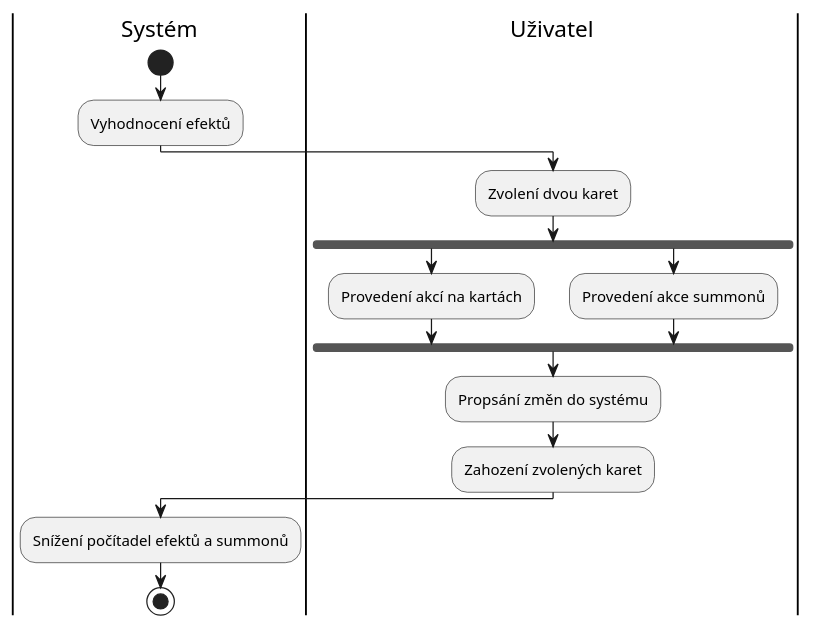
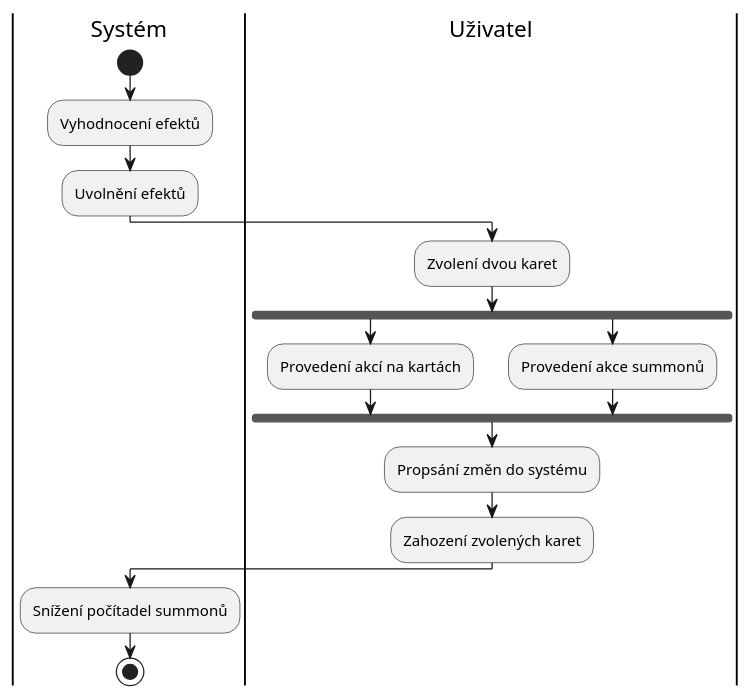
The diagram in kov0354/src/figures/diagrams/playerTurn.puml (Trails-Through-Shadows/TTS-Thesis), drawn with PlantUML before and after one commit. The commit also changed 5 other files, not shown here.

```diff
--- a/kov0354/src/figures/diagrams/playerTurn.puml
+++ b/kov0354/src/figures/diagrams/playerTurn.puml
@@ -1,21 +1,22 @@
 @startuml playerTurn
 |Systém|
 start
 
 :Vyhodnocení efektů;
+:Uvolnění efektů;
 
 |Uživatel|
 :Zvolení dvou karet;
 fork
   :Provedení akcí na kartách;
 fork again
   :Provedení akce summonů;
 end fork
 :Propsání změn do systému;
 :Zahození zvolených karet;
 
 |Systém|
-:Snížení počítadel efektů a summonů;
+:Snížení počítadel summonů;
 
 stop
 @enduml
```
